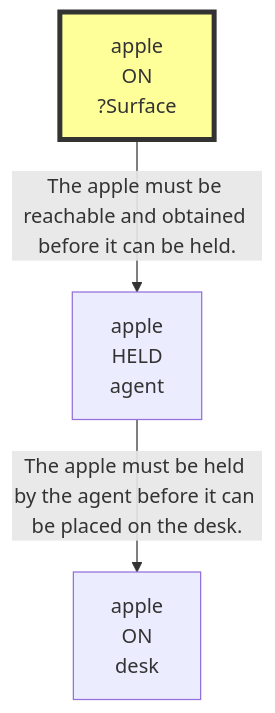
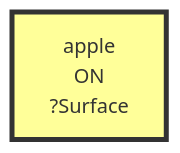
The third of 17 diagrams in evaluation/results/table2/robostate/non_stationarity/low/E_DYN_G05_S3_low/run_E_DYN_G05_S3_low.md (scuama/virtualhome), drawn with Mermaid before and after one commit. The commit also changed other lines of this file and 108 other files, not shown here.

````diff
--- a/evaluation/results/table2/robostate/non_stationarity/low/E_DYN_G05_S3_low/run_E_DYN_G05_S3_low.md
+++ b/evaluation/results/table2/robostate/non_stationarity/low/E_DYN_G05_S3_low/run_E_DYN_G05_S3_low.md
@@ -349,9 +276,5 @@
 ```mermaid
 graph TD
     N1["apple<br>ON<br>?Surface"]
     style N1 fill:#ff9,stroke:#333,stroke-width:4px
-    N2["apple<br>HELD<br>agent"]
-    N3["apple<br>ON<br>desk"]
-    N1 -->|"The apple must be reachable and obtained before it can be held."| N2
-    N2 -->|"The apple must be held by the agent before it can be placed on the desk."| N3
 ```
````
